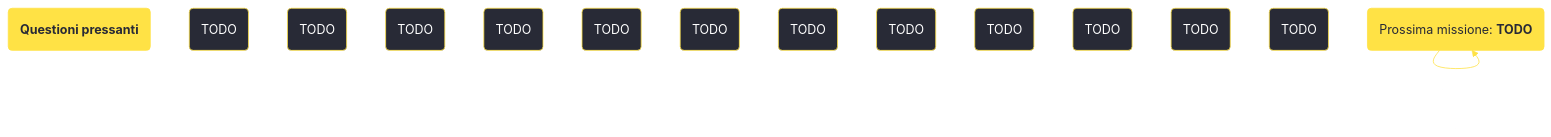
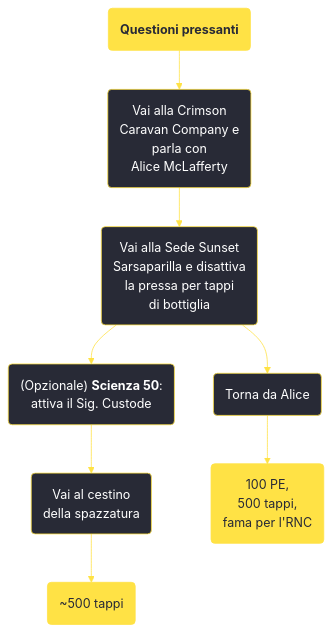
Before and after one commit to persy/wastelander: the diagram in content/voci/fallout new vegas/missioni/Questioni pressanti.md, drawn with Mermaid. The commit also changed 174 other files, not shown here.

````diff
--- a/content/voci/fallout new vegas/missioni/Questioni pressanti.md
+++ b/content/voci/fallout new vegas/missioni/Questioni pressanti.md
@@ -32,24 +32,19 @@
 ```mermaid
 %%{init: {'theme': 'base', 'themeVariables': { 'primaryColor': '#282a36', 'primaryBorderColor': '#ffe245', 'primaryTextColor': '#fff', 'lineColor': '#ffe245', 'fontFamily': 'Jura'}}}%%
 graph TD;
     id1(<b>Questioni pressanti</b>):::questfnv
-    id2(TODO)
-    id3(TODO)
-    id4(TODO)
-    id5(TODO)
-    id6(TODO)
-    id7(TODO) 
-    id8(TODO)
-    id9(TODO)
-    id10(TODO)
-    id11(TODO)
-    id12(TODO)
-    id13(TODO) 
-    id(TODO):::rewardfnv
-    id(Prossima missione: <b>TODO</b>):::questfnv
-    id-->id-->id-->id-->id-->id-->id
+    id2(Vai alla Crimson <br />Caravan Company e <br />parla con <br />Alice McLafferty)
+    id3(Vai alla Sede Sunset <br />Sarsaparilla e disattiva <br />la pressa per tappi <br />di bottiglia)
+    id4("(Opzionale) <b>Scienza 50</b>: <br />attiva il Sig. Custode")
+    id5(Vai al cestino <br />della spazzatura)
+    id6("~500 tappi"):::rewardfnv
+    id7(Torna da Alice) 
+    id8(100 PE, <br />500 tappi, <br />fama per l'RNC):::rewardfnv
     
-    click id "../TODO"
+    id1-->id2-->id3-->id4-->id5-->id6
+    id3-->id7-->id8
+    
+    
     classDef rewardfnv fill:#ffe245, stroke:#ffe245, color:#282a36;
     classDef questfnv fill:#ffe245, stroke:#ffe245, color:#282a36;
 ```
````
